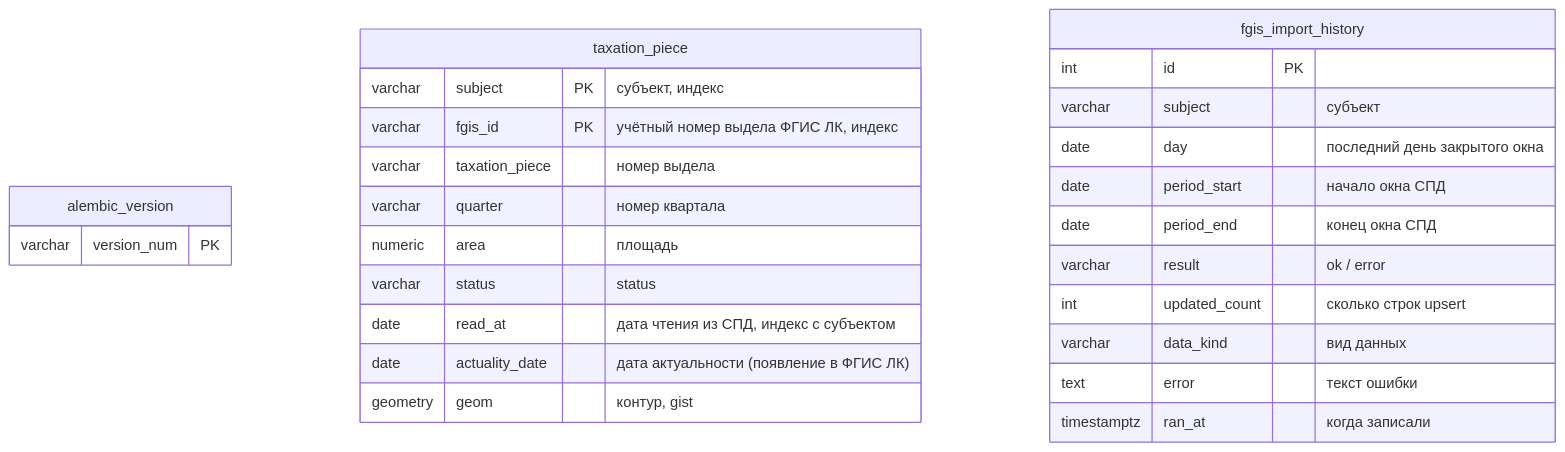
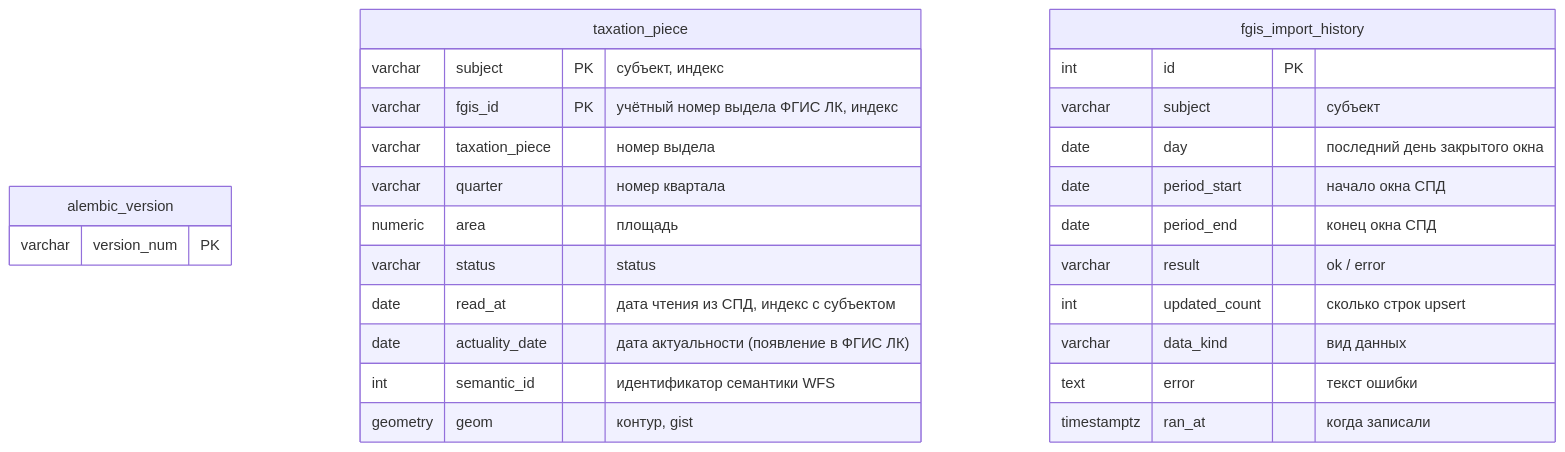
Before and after one commit to AversIgor/dbms: the diagram in migrate/schema.md, drawn with Mermaid. The commit also changed other lines of this file and 14 other files, not shown here.

Commit message:
Импорт геометрии и semantic_id выделов через WFS GeoServer; СПД остаётся для семантики; аудит с опциональным wfs=1; схема 0007; README про fgislk на хосте Ubuntu.

````diff
--- a/migrate/schema.md
+++ b/migrate/schema.md
@@ -5,29 +5,30 @@
 ```mermaid
 erDiagram
   alembic_version {
     varchar version_num PK
   }
   taxation_piece {
     varchar subject PK "субъект, индекс"
     varchar fgis_id PK "учётный номер выдела ФГИС ЛК, индекс"
     varchar taxation_piece "номер выдела"
     varchar quarter "номер квартала"
     numeric area "площадь"
     varchar status "status"
     date read_at "дата чтения из СПД, индекс с субъектом"
     date actuality_date "дата актуальности (появление в ФГИС ЛК)"
+    int semantic_id "идентификатор семантики WFS"
     geometry geom "контур, gist"
   }
   fgis_import_history {
     int id PK
     varchar subject "субъект"
     date day "последний день закрытого окна"
     date period_start "начало окна СПД"
     date period_end "конец окна СПД"
     varchar result "ok / error"
     int updated_count "сколько строк upsert"
     varchar data_kind "вид данных"
     text error "текст ошибки"
     timestamptz ran_at "когда записали"
   }
 ```
````
